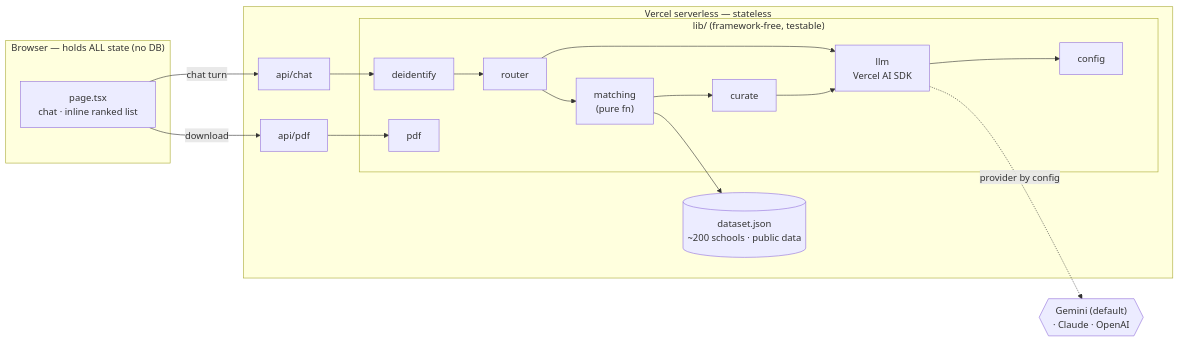
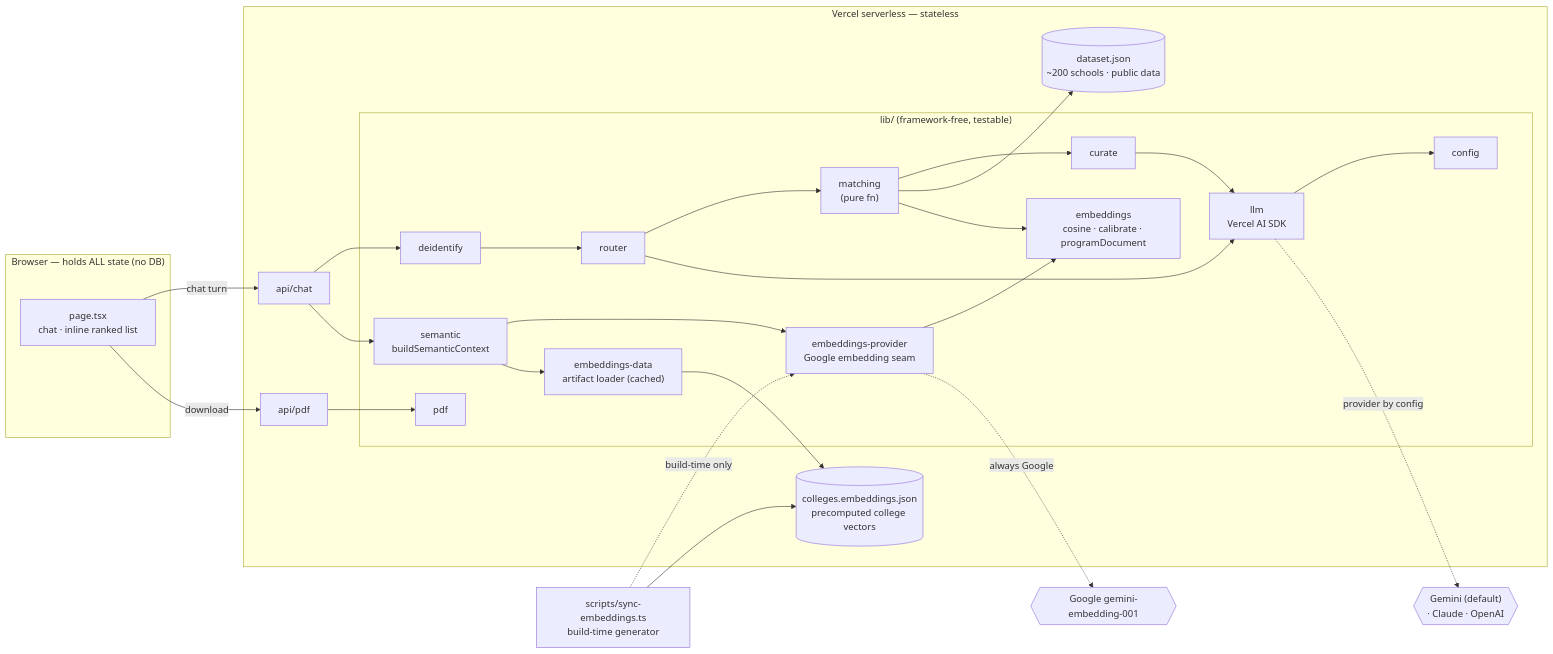
One commit to syldysnya/college-list-builder changed the second of 3 diagrams in docs/architecture.md. Above: the diagram before and after it, drawn with Mermaid. The commit also changed other lines of this file and 1 other file, not shown here.

Commit message:
docs: document semantic program matching

````diff
--- a/docs/architecture.md
+++ b/docs/architecture.md
@@ -47,33 +50,50 @@
 ```mermaid
 flowchart LR
     subgraph Client["Browser — holds ALL state (no DB)"]
         UI["page.tsx<br/>chat · inline ranked list"]
     end
 
     subgraph Server["Vercel serverless — stateless"]
         CHAT["api/chat"]
         PDFAPI["api/pdf"]
         subgraph L["lib/ (framework-free, testable)"]
             DEID["deidentify"]
             ROUTER["router"]
             MATCH["matching<br/>(pure fn)"]
             CURATE["curate"]
             LLM["llm<br/>Vercel AI SDK"]
             CFG["config"]
             PDFLIB["pdf"]
+            EMB["embeddings<br/>cosine · calibrate · programDocument"]
+            EMBPROV["embeddings-provider<br/>Google embedding seam"]
+            EMBDATA["embeddings-data<br/>artifact loader (cached)"]
+            SEM["semantic<br/>buildSemanticContext"]
         end
         DATA[("dataset.json<br/>~200 schools · public data")]
+        VEC[("colleges.embeddings.json<br/>precomputed college vectors")]
     end
 
+    SYNC["scripts/sync-embeddings.ts<br/>build-time generator"]
+
     PROV{{"Gemini (default)<br/>· Claude · OpenAI"}}
+    GOOGLEEMB{{"Google gemini-embedding-001"}}
 
     UI -->|chat turn| CHAT
     UI -->|download| PDFAPI
     CHAT --> DEID --> ROUTER --> MATCH --> CURATE
     ROUTER --> LLM
     CURATE --> LLM
     LLM --> CFG
     LLM -.provider by config.-> PROV
     MATCH --> DATA
+    MATCH --> EMB
+    CHAT --> SEM
+    SEM --> EMBPROV
+    SEM --> EMBDATA
+    EMBPROV --> EMB
+    EMBPROV -.always Google.-> GOOGLEEMB
+    EMBDATA --> VEC
+    SYNC -.build-time only.-> EMBPROV
+    SYNC --> VEC
     PDFAPI --> PDFLIB
 ```
````
